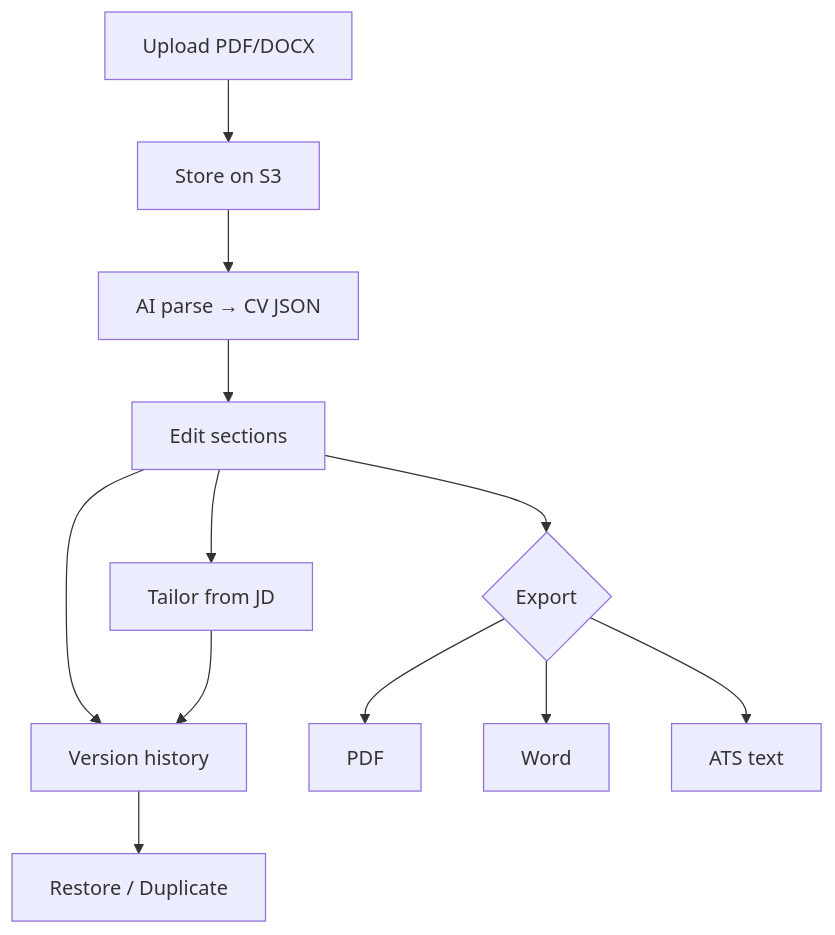
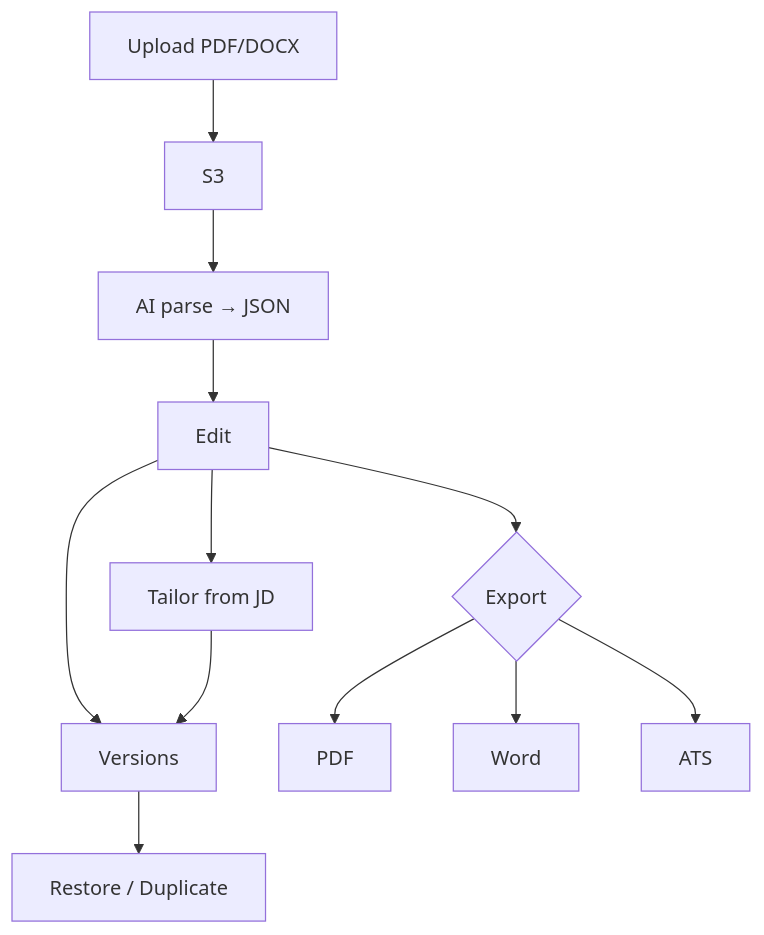
The fifth of 10 diagrams in README.md (dainv123/resumate), drawn with Mermaid before and after one commit. The commit also changed other lines of this file and 17 other files, not shown here.

````diff
--- a/README.md
+++ b/README.md
@@ -192,14 +189,12 @@
 ```mermaid
 flowchart TD
-  U[Upload PDF/DOCX] --> S3[Store on S3]
-  S3 --> P[AI parse → CV JSON]
-  P --> E[Edit sections]
-  E --> V[Version history]
+  U[Upload PDF/DOCX] --> S3[S3]
+  S3 --> P[AI parse → JSON]
+  P --> E[Edit]
+  E --> V[Versions]
   V --> R[Restore / Duplicate]
   E --> X{Export}
-  X --> PDF[PDF]
-  X --> Word[Word]
-  X --> ATS[ATS text]
+  X --> PDF & Word & ATS
   E --> T[Tailor from JD]
   T --> V
 ```
````
